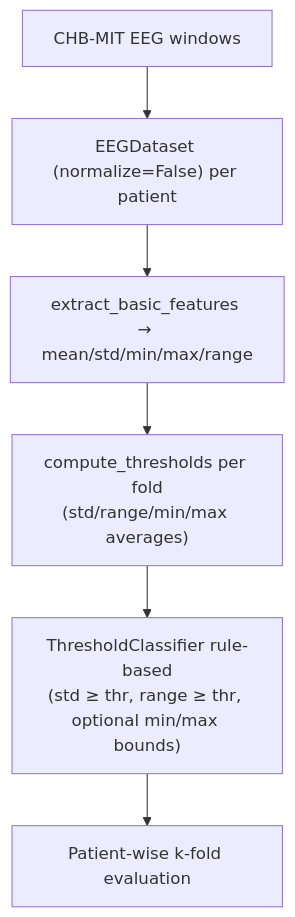
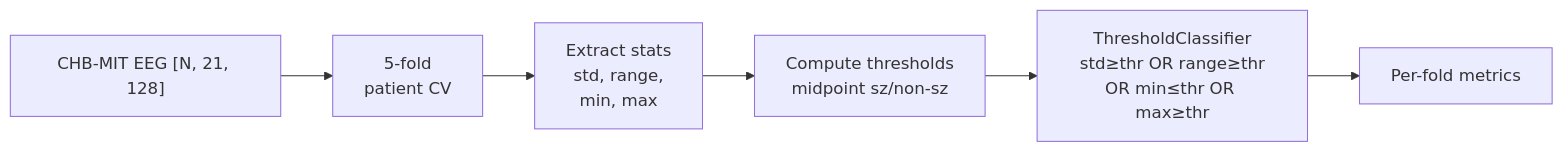
Before and after one commit to RICSE-donnenfeld/DEEPL-brainshake: the diagram in mermaid/threshold.mmd, drawn with Mermaid. The commit also changed 42 other files, not shown here.

```diff
--- a/mermaid/threshold.mmd
+++ b/mermaid/threshold.mmd
@@ -1,14 +1,7 @@
-%% Threshold baseline pipeline
-flowchart TB
-    data["CHB-MIT EEG windows"]
-    dataset["EEGDataset (normalize=False) per patient"]
-    extract["extract_basic_features → mean/std/min/max/range"]
-    thresholds["compute_thresholds per fold\n(std/range/min/max averages)"]
-    classifier["ThresholdClassifier rule-based\n(std ≥ thr, range ≥ thr, optional min/max bounds)"]
-    evaluate["Patient-wise k-fold evaluation"]
-
-    data --> dataset
-    dataset --> extract
-    extract --> thresholds
-    thresholds --> classifier
-    classifier --> evaluate
+%% Threshold baseline pipeline — horizontal
+flowchart LR
+    data["CHB-MIT EEG [N, 21, 128]"] --> kfold["5-fold<br/>patient CV"]
+    kfold --> extract["Extract stats<br/>std, range,<br/>min, max"]
+    extract --> thresholds["Compute thresholds<br/>midpoint sz/non-sz"]
+    thresholds --> classifier["ThresholdClassifier<br/>std≥thr OR range≥thr<br/>OR min≤thr OR max≥thr"]
+    classifier --> evaluate["Per-fold metrics"]
```
